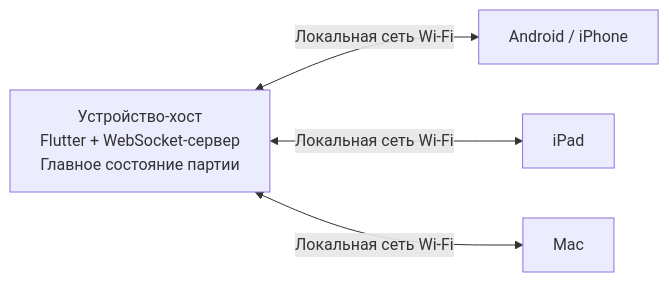
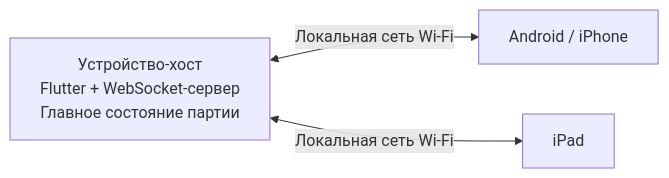
Before and after one commit to tiredbw/MunchkinApp: the second of 2 diagrams in README.md, drawn with Mermaid. The commit also changed other lines of this file, not shown here.

Commit message:
Update implementation roadmap

````diff
--- a/README.md
+++ b/README.md
@@ -102,7 +102,6 @@
 ```mermaid
 flowchart LR
     H["Устройство-хост<br/>Flutter + WebSocket-сервер<br/>Главное состояние партии"]
     H <-->|"Локальная сеть Wi-Fi"| A["Android / iPhone"]
     H <-->|"Локальная сеть Wi-Fi"| B["iPad"]
-    H <-->|"Локальная сеть Wi-Fi"| C["Mac"]
 ```
````
